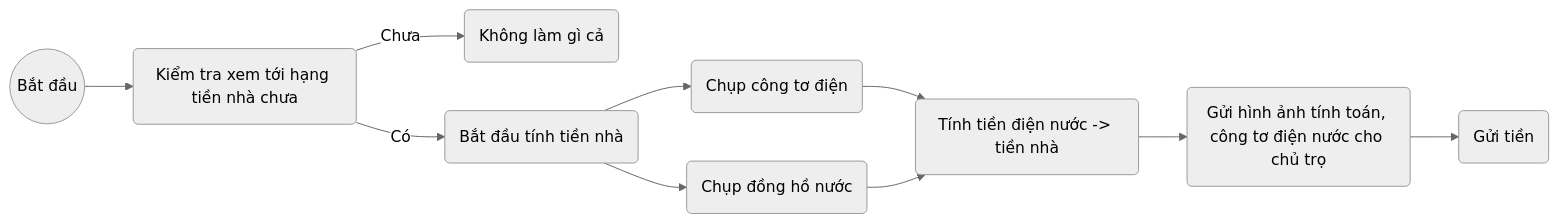
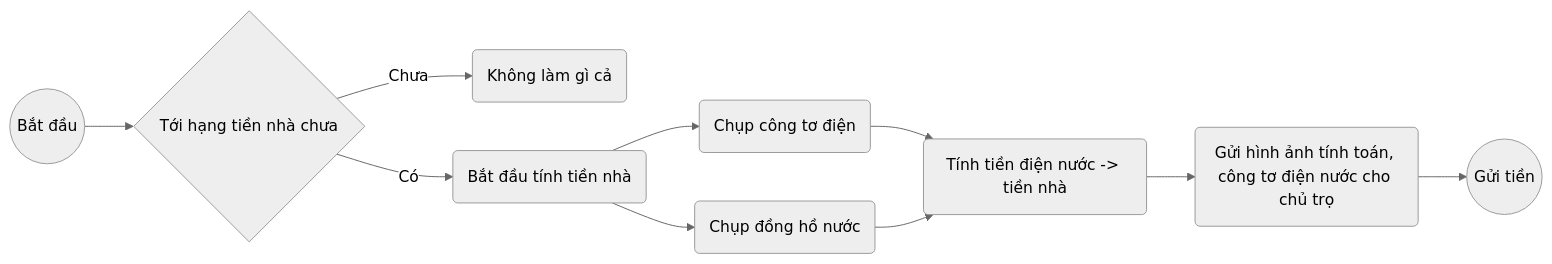
One commit to Katz-Team/CalRent changed the first of 7 diagrams in calculateRent/Docs/software_modeling.md. Above: the diagram before and after it, drawn with Mermaid (neutral theme). The commit also changed other lines of this file, not shown here.

````diff
--- a/calculateRent/Docs/software_modeling.md
+++ b/calculateRent/Docs/software_modeling.md
@@ -9,12 +9,12 @@
 ```mermaid
 graph LR
-A((Bắt đầu)) --> B(Kiểm tra xem tới hạng tiền nhà chưa)
+A((Bắt đầu)) --> B{Tới hạng tiền nhà chưa}
 B --> |Chưa| C(Không làm gì cả)
 B --> |Có| D(Bắt đầu tính tiền nhà)
 D --> E(Chụp công tơ điện)
 D --> F(Chụp đồng hồ nước)
 E --> G(Tính tiền điện nước -> tiền nhà)
 F --> G
 G --> H(Gửi hình ảnh tính toán, công tơ điện nước cho chủ trọ)
-H --> I(Gửi tiền)
+H --> I((Gửi tiền))
 ```
````
